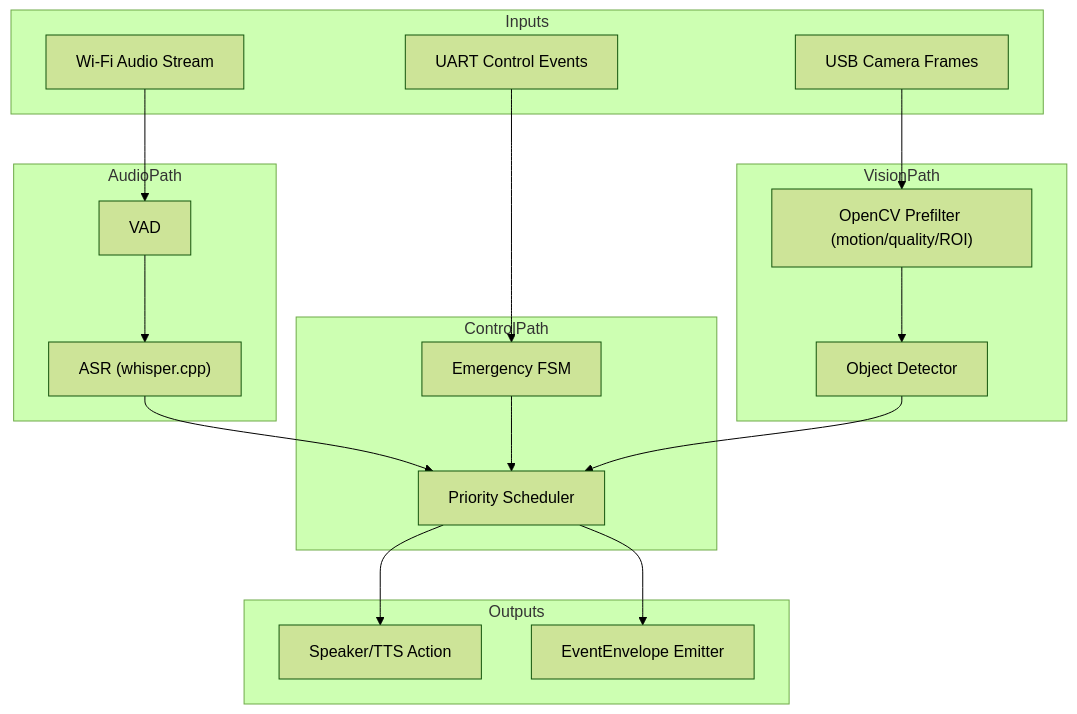
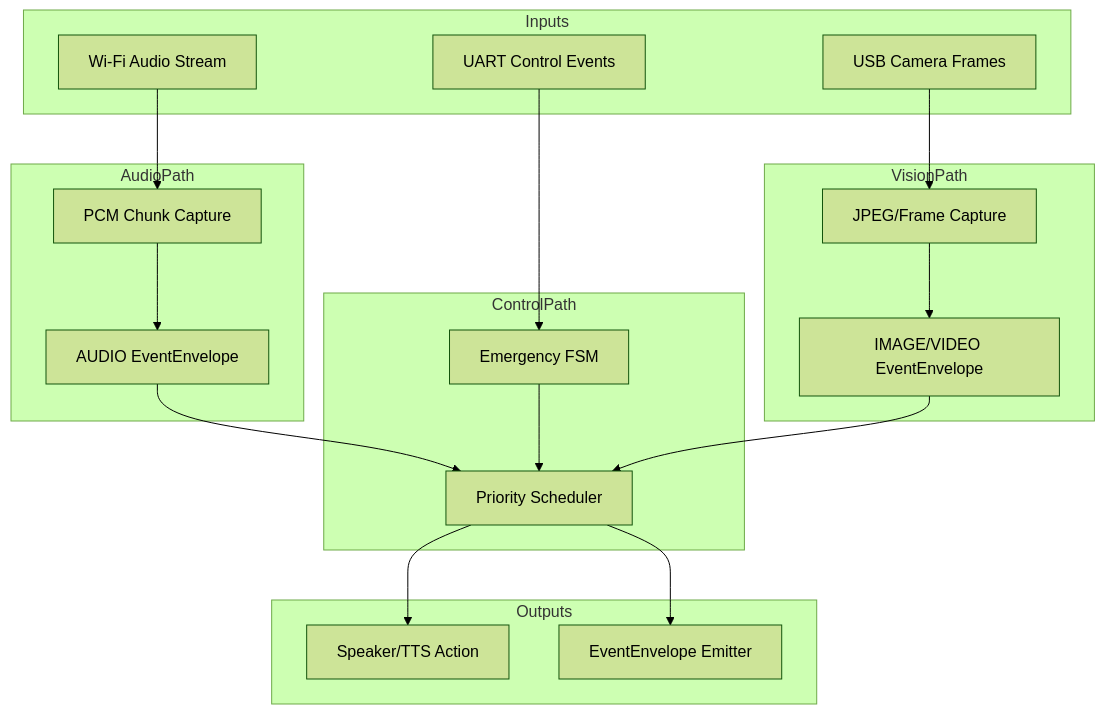
One commit to hash066/dementia changed the diagram in architecture/03-rpi-edge-runtime.md. Above: the diagram before and after it, drawn with Mermaid (forest theme). The commit also changed 97 other files, not shown here.

````diff
--- a/architecture/03-rpi-edge-runtime.md
+++ b/architecture/03-rpi-edge-runtime.md
@@ -3,34 +3,34 @@
 ```mermaid
 flowchart TD
   subgraph Inputs
     A["Wi-Fi Audio Stream"]
     B["UART Control Events"]
     C["USB Camera Frames"]
   end
 
   subgraph AudioPath
-    D["VAD"]
-    E["ASR (whisper.cpp)"]
+    D["PCM Chunk Capture"]
+    E["AUDIO EventEnvelope"]
   end
 
   subgraph VisionPath
-    F["OpenCV Prefilter (motion/quality/ROI)"]
-    G["Object Detector"]
+    F["JPEG/Frame Capture"]
+    G["IMAGE/VIDEO EventEnvelope"]
   end
 
   subgraph ControlPath
     H["Emergency FSM"]
     I["Priority Scheduler "]
   end
 
   subgraph Outputs
     J["Speaker/TTS Action"]
     K["EventEnvelope Emitter"]
   end
 
   A --> D --> E --> I
   B --> H --> I
   C --> F --> G --> I
   I --> J
   I --> K
 ```
````
